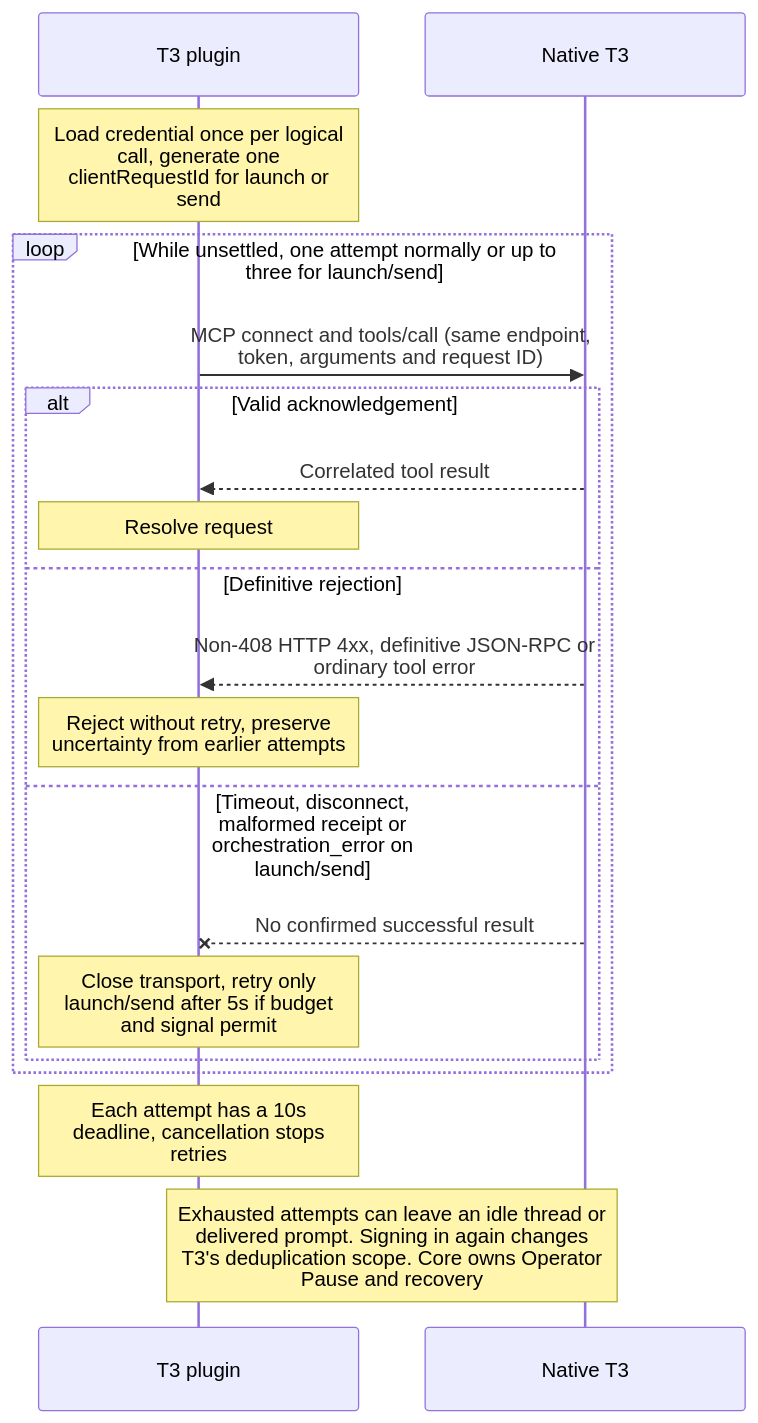
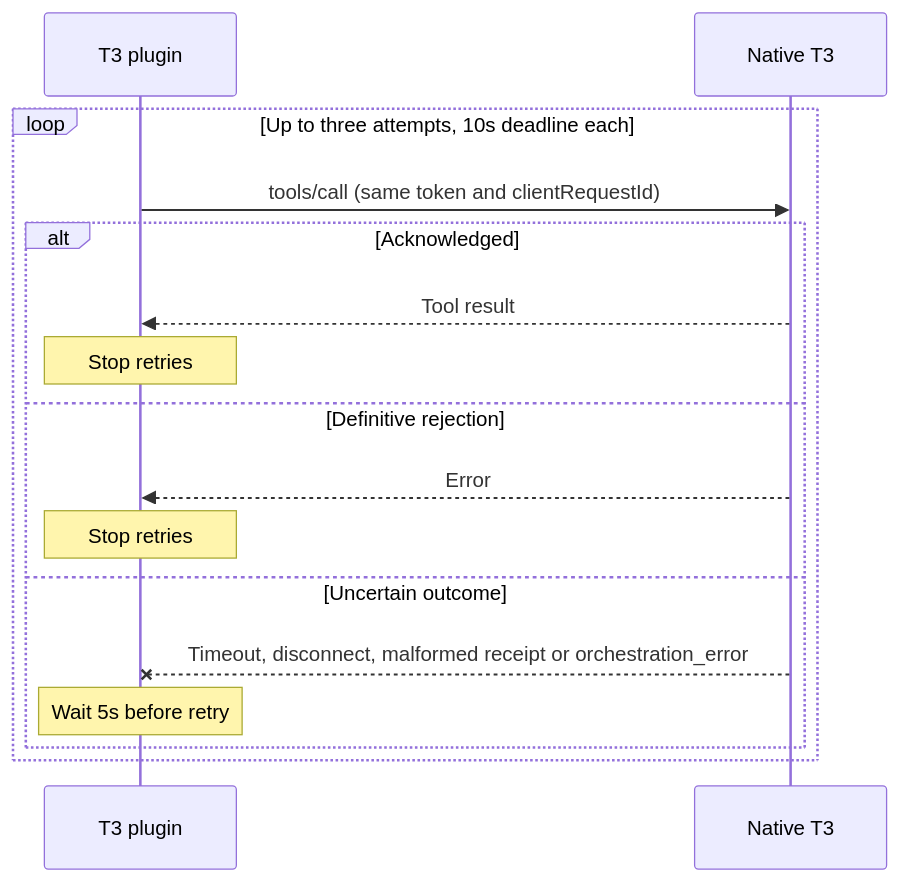
Before and after one commit to BuddyLabsCo/issue-runner-t3: the seventh of 7 diagrams in docs/t3-protocol.md, drawn with Mermaid. The commit also changed other lines of this file and 2 other files, not shown here.

````diff
--- a/docs/t3-protocol.md
+++ b/docs/t3-protocol.md
@@ -239,22 +168,18 @@
 ```mermaid
-%%{init: {"sequence": {"width": 250, "wrap": true}}}%%
 sequenceDiagram
     participant P as T3 plugin
-    participant N as Native T3
-    Note over P: Load credential once per logical call, generate one clientRequestId for launch or send
-    loop While unsettled, one attempt normally or up to three for launch/send
-        P->>N: MCP connect and tools/call (same endpoint, token, arguments and request ID)
-        alt Valid acknowledgement
-            N-->>P: Correlated tool result
-            Note over P: Resolve request
+    participant T as Native T3
+    loop Up to three attempts, 10s deadline each
+        P->>T: tools/call (same token and clientRequestId)
+        alt Acknowledged
+            T-->>P: Tool result
+            Note over P: Stop retries
         else Definitive rejection
-            N-->>P: Non-408 HTTP 4xx, definitive JSON-RPC or ordinary tool error
-            Note over P: Reject without retry, preserve uncertainty from earlier attempts
-        else Timeout, disconnect, malformed receipt or orchestration_error on launch/send
-            N--xP: No confirmed successful result
-            Note over P: Close transport, retry only launch/send after 5s if budget and signal permit
+            T-->>P: Error
+            Note over P: Stop retries
+        else Uncertain outcome
+            T--xP: Timeout, disconnect, malformed receipt or orchestration_error
+            Note over P: Wait 5s before retry
         end
     end
-    Note over P: Each attempt has a 10s deadline, cancellation stops retries
-    Note over P,N: Exhausted attempts can leave an idle thread or delivered prompt. Signing in again changes T3's deduplication scope. Core owns Operator Pause and recovery
 ```
````
